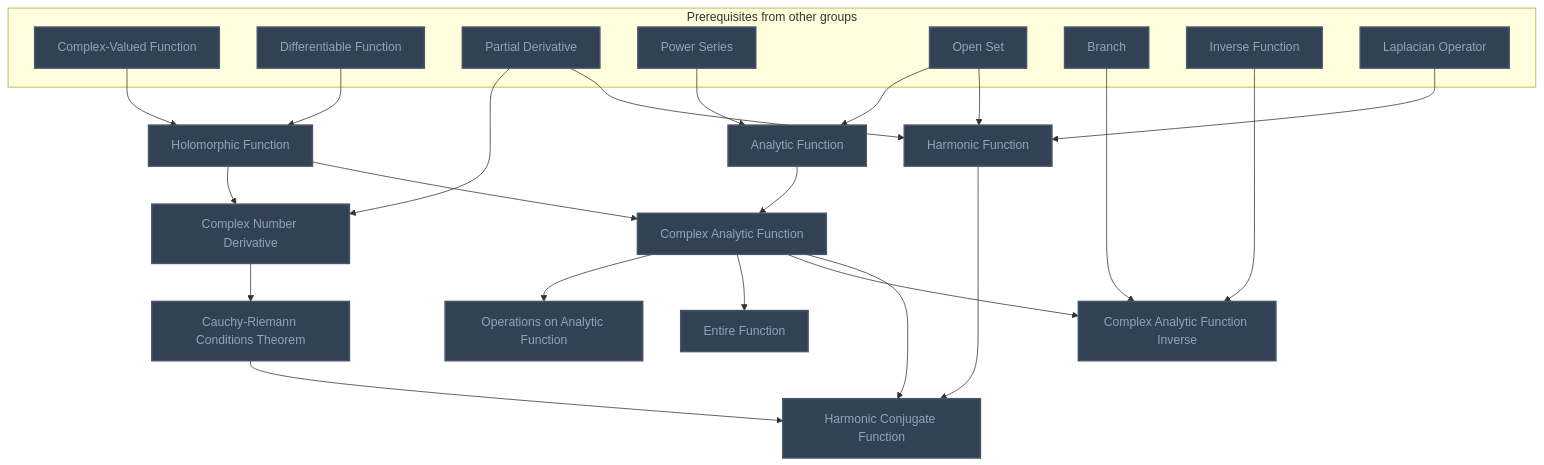
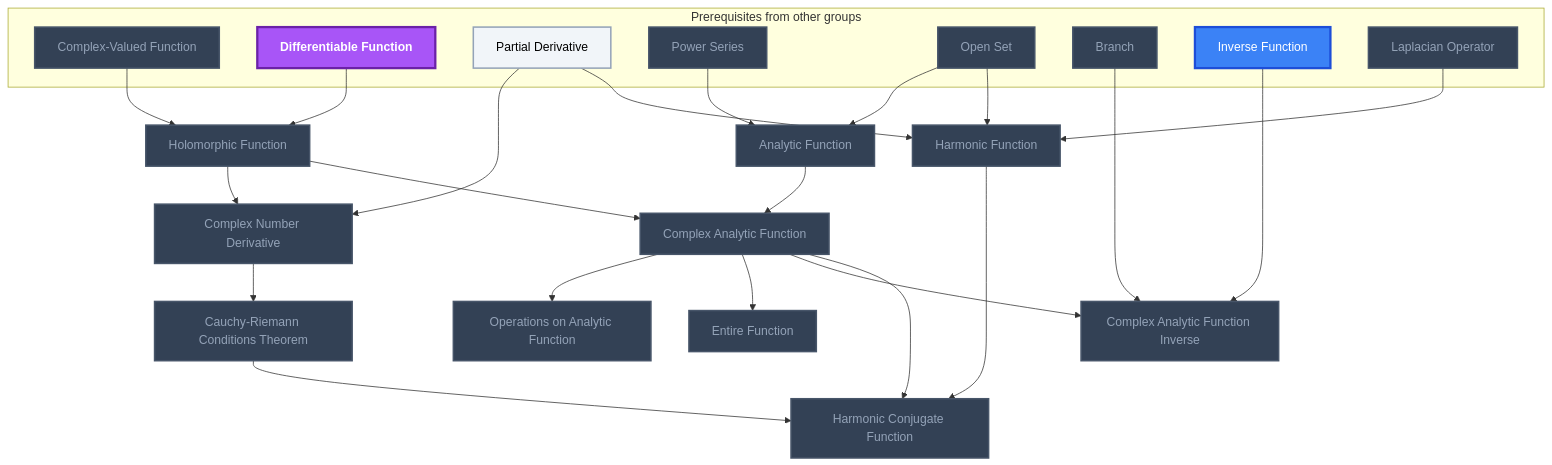
Before and after one commit to MRauf1/My-Notes: the sixth of 19 diagrams in Gamification/Skill Trees/Complex Analysis.md, drawn with Mermaid. The commit also changed other lines of this file and 156 other files, not shown here.

````diff
--- a/Gamification/Skill Trees/Complex Analysis.md
+++ b/Gamification/Skill Trees/Complex Analysis.md
@@ -221,54 +227,57 @@
 ```mermaid
 flowchart TD
     classDef planned fill:#1E293B,stroke:#64748B,stroke-width:2px,stroke-dasharray:5 5,color:#94A3B8;
     classDef locked fill:#334155,stroke:#475569,stroke-width:2px,color:#94A3B8;
     classDef L0 fill:#F1F5F9,stroke:#94A3B8,stroke-width:2px,color:#000000;
     classDef L1 fill:#22C55E,stroke:#15803D,stroke-width:2px,color:#000000;
     classDef L2 fill:#3B82F6,stroke:#1D4ED8,stroke-width:3px,color:#FFFFFF;
     classDef L3 fill:#A855F7,stroke:#6B21A8,stroke-width:3px,color:#FFFFFF,font-weight:bold;
     classDef L4 fill:#F97316,stroke:#C2410C,stroke-width:4px,color:#000000,font-weight:bold;
     classDef L5 fill:#FFD700,stroke:#FF8C00,stroke-width:5px,color:#000000,font-weight:bold;
     classDef rusty stroke:#8B4513,stroke-width:4px,stroke-dasharray:3 3;
     subgraph sg_prereqs["Prerequisites from other groups"]
         n_complex_valued_function["Complex-Valued Function"]
         n_differentiable_function["Differentiable Function"]
         n_partial_derivative["Partial Derivative"]
         n_power_series["Power Series"]
         n_open_set["Open Set"]
         n_branch["Branch"]
         n_inverse_function["Inverse Function"]
         n_laplacian_operator["Laplacian Operator"]
     end
     n_holomorphic_function["Holomorphic Function"]
     n_complex_number_derivative["Complex Number Derivative"]
     n_cauchy_riemann_conditions_theorem["Cauchy-Riemann Conditions Theorem"]
     n_analytic_function["Analytic Function"]
     n_complex_analytic_function["Complex Analytic Function"]
     n_operations_on_analytic_function["Operations on Analytic Function"]
     n_entire_function["Entire Function"]
     n_complex_analytic_function_inverse["Complex Analytic Function Inverse"]
     n_harmonic_function["Harmonic Function"]
     n_harmonic_conjugate_function["Harmonic Conjugate Function"]
     n_complex_valued_function --> n_holomorphic_function
     n_differentiable_function --> n_holomorphic_function
     n_holomorphic_function --> n_complex_number_derivative
     n_partial_derivative --> n_complex_number_derivative
     n_complex_number_derivative --> n_cauchy_riemann_conditions_theorem
     n_power_series --> n_analytic_function
     n_open_set --> n_analytic_function
     n_analytic_function --> n_complex_analytic_function
     n_holomorphic_function --> n_complex_analytic_function
     n_complex_analytic_function --> n_operations_on_analytic_function
     n_complex_analytic_function --> n_entire_function
     n_complex_analytic_function --> n_complex_analytic_function_inverse
     n_branch --> n_complex_analytic_function_inverse
     n_inverse_function --> n_complex_analytic_function_inverse
     n_partial_derivative --> n_harmonic_function
     n_laplacian_operator --> n_harmonic_function
     n_open_set --> n_harmonic_function
     n_harmonic_function --> n_harmonic_conjugate_function
     n_complex_analytic_function --> n_harmonic_conjugate_function
     n_cauchy_riemann_conditions_theorem --> n_harmonic_conjugate_function
-    class n_complex_valued_function,n_differentiable_function,n_partial_derivative,n_power_series,n_open_set,n_branch,n_inverse_function,n_laplacian_operator,n_holomorphic_function,n_complex_number_derivative,n_cauchy_riemann_conditions_theorem,n_analytic_function,n_complex_analytic_function,n_operations_on_analytic_function,n_entire_function,n_complex_analytic_function_inverse,n_harmonic_function,n_harmonic_conjugate_function locked;
+    class n_complex_valued_function,n_power_series,n_open_set,n_branch,n_laplacian_operator,n_holomorphic_function,n_complex_number_derivative,n_cauchy_riemann_conditions_theorem,n_analytic_function,n_complex_analytic_function,n_operations_on_analytic_function,n_entire_function,n_complex_analytic_function_inverse,n_harmonic_function,n_harmonic_conjugate_function locked;
+    class n_partial_derivative L0;
+    class n_inverse_function L2;
+    class n_differentiable_function L3;
     class n_complex_valued_function,n_differentiable_function,n_partial_derivative,n_power_series,n_open_set,n_branch,n_inverse_function,n_laplacian_operator,n_holomorphic_function,n_complex_number_derivative,n_cauchy_riemann_conditions_theorem,n_analytic_function,n_complex_analytic_function,n_operations_on_analytic_function,n_entire_function,n_complex_analytic_function_inverse,n_harmonic_function,n_harmonic_conjugate_function internal-link;
 ```
````
